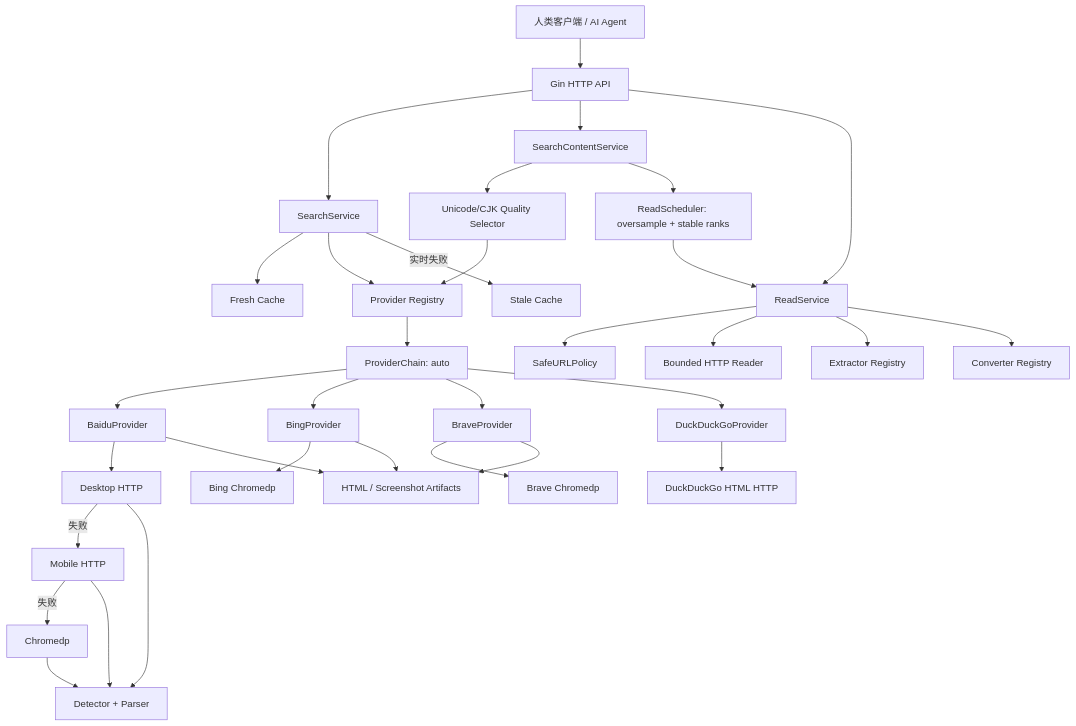
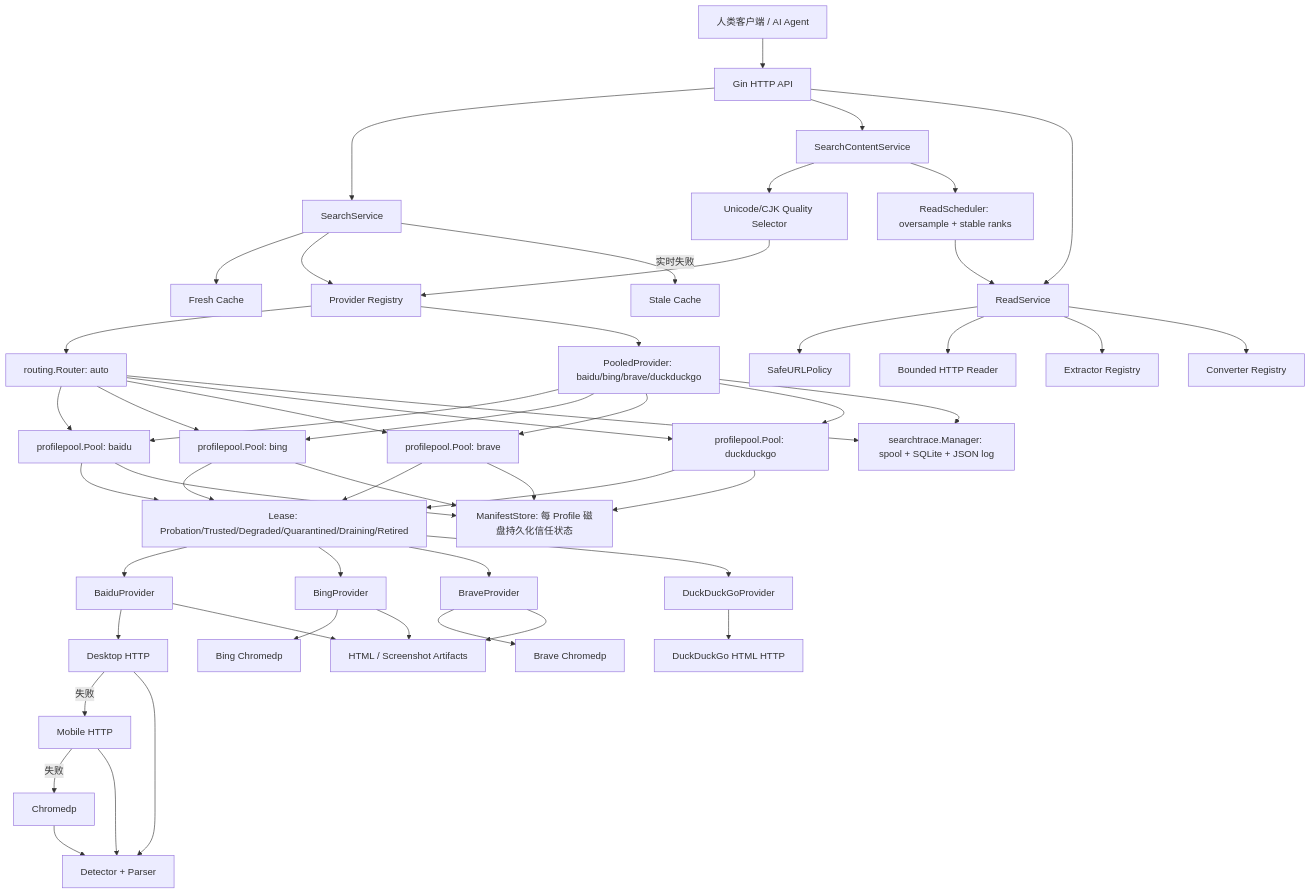
One commit to ZoeImport/search-x changed the diagram in README.md. Above: the diagram before and after it, drawn with Mermaid. The commit also changed other lines of this file, not shown here.

First line of the commit message:
docs: update README to match capacity-aware routing implementation

````diff
--- a/README.md
+++ b/README.md
@@ -9,35 +9,54 @@
 ```mermaid
 flowchart TD
     Client["人类客户端 / AI Agent"] --> Gin["Gin HTTP API"]
     Gin --> Service["SearchService"]
     Service --> Fresh["Fresh Cache"]
     Service --> Registry["Provider Registry"]
-    Registry --> Auto["ProviderChain: auto"]
-    Auto --> Baidu["BaiduProvider"]
-    Auto --> Bing["BingProvider"]
-    Auto --> Brave["BraveProvider"]
-    Auto --> Duck["DuckDuckGoProvider"]
+    Registry --> Auto["routing.Router: auto"]
+    Registry --> Explicit["PooledProvider: baidu/bing/brave/duckduckgo"]
+    Auto --> BaiduPool["profilepool.Pool: baidu"]
+    Auto --> BingPool["profilepool.Pool: bing"]
+    Auto --> BravePool["profilepool.Pool: brave"]
+    Auto --> DuckPool["profilepool.Pool: duckduckgo"]
+    Explicit --> BaiduPool
+    Explicit --> BingPool
+    Explicit --> BravePool
+    Explicit --> DuckPool
+    BaiduPool --> Lease["Lease: Probation/Trusted/Degraded/Quarantined/Draining/Retired"]
+    BingPool --> Lease
+    BravePool --> Lease
+    DuckPool --> Lease
+    Lease --> Baidu["BaiduProvider"]
+    Lease --> Bing["BingProvider"]
+    Lease --> Brave["BraveProvider"]
+    Lease --> Duck["DuckDuckGoProvider"]
     Baidu --> Desktop["Desktop HTTP"]
     Desktop -->|失败| Mobile["Mobile HTTP"]
     Mobile -->|失败| Chrome["Chromedp"]
     Desktop --> Detector["Detector + Parser"]
     Mobile --> Detector
     Chrome --> Detector
     Duck --> DuckHTTP["DuckDuckGo HTML HTTP"]
     Bing --> BingChrome["Bing Chromedp"]
     Brave --> BraveChrome["Brave Chromedp"]
+    Auto --> Trace["searchtrace.Manager: spool + SQLite + JSON log"]
+    Explicit --> Trace
+    BaiduPool --> Manifest["ManifestStore: 每 Profile 磁盘持久化信任状态"]
+    BingPool --> Manifest
+    BravePool --> Manifest
+    DuckPool --> Manifest
     Gin --> Combined["SearchContentService"]
     Combined --> Quality["Unicode/CJK Quality Selector"]
     Quality --> Registry
     Combined --> Scheduler["ReadScheduler: oversample + stable ranks"]
     Scheduler --> ReadService
     Gin --> ReadService["ReadService"]
     ReadService --> SafeURL["SafeURLPolicy"]
     ReadService --> ReadHTTP["Bounded HTTP Reader"]
     ReadService --> Extract["Extractor Registry"]
     ReadService --> Convert["Converter Registry"]
     Service -->|实时失败| Stale["Stale Cache"]
     Baidu --> Artifacts["HTML / Screenshot Artifacts"]
     Bing --> Artifacts
     Brave --> Artifacts
 ```
````
